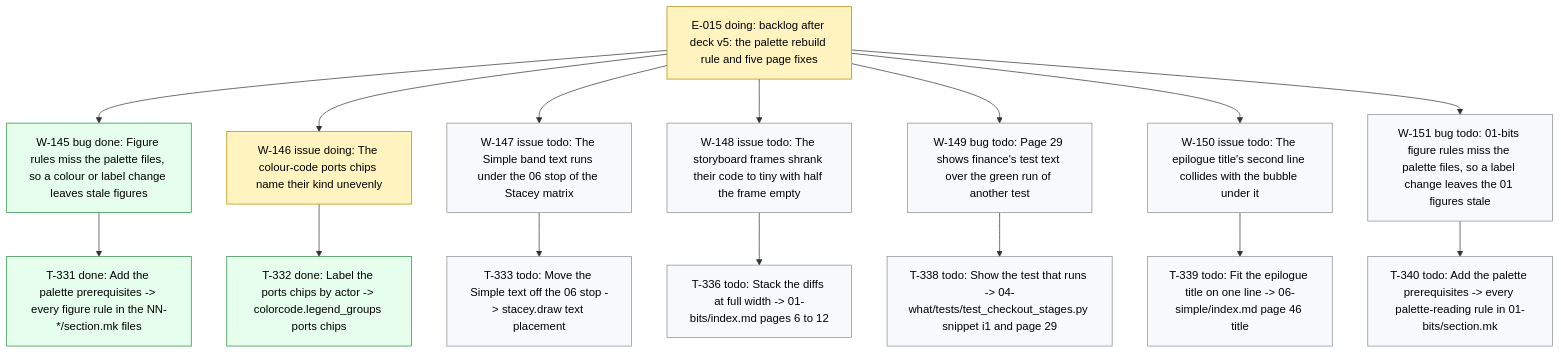
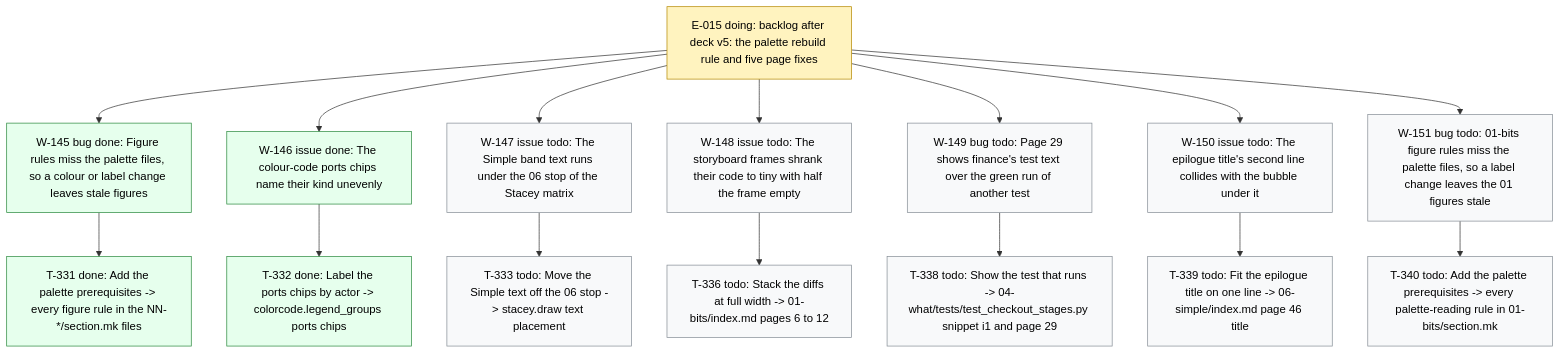
Before and after one commit to dpopchev/chaos-to-simple: the diagram in .board/BOARD.md, drawn with Mermaid. The commit also changed other lines of this file and 1 other file, not shown here.

Commit message:
chore(board): close W-146 -- landed
Refs: W-146

````diff
--- a/.board/BOARD.md
+++ b/.board/BOARD.md
@@ -860,26 +860,26 @@
 ```mermaid
 flowchart TD
   E015["E-015 doing: backlog after deck v5: the palette rebuild rule and five page fixes"]
   E015 --> W145["W-145 bug done: Figure rules miss the palette files, so a colour or label change leaves stale figures"]
   W145 --> T331["T-331 done: Add the palette prerequisites -> every figure rule in the NN-*/section.mk files"]
-  E015 --> W146["W-146 issue doing: The colour-code ports chips name their kind unevenly"]
+  E015 --> W146["W-146 issue done: The colour-code ports chips name their kind unevenly"]
   W146 --> T332["T-332 done: Label the ports chips by actor -> colorcode.legend_groups ports chips"]
   E015 --> W147["W-147 issue todo: The Simple band text runs under the 06 stop of the Stacey matrix"]
   W147 --> T333["T-333 todo: Move the Simple text off the 06 stop -> stacey.draw text placement"]
   E015 --> W148["W-148 issue todo: The storyboard frames shrank their code to tiny with half the frame empty"]
   W148 --> T336["T-336 todo: Stack the diffs at full width -> 01-bits/index.md pages 6 to 12"]
   E015 --> W149["W-149 bug todo: Page 29 shows finance's test text over the green run of another test"]
   W149 --> T338["T-338 todo: Show the test that runs -> 04-what/tests/test_checkout_stages.py snippet i1 and page 29"]
   E015 --> W150["W-150 issue todo: The epilogue title's second line collides with the bubble under it"]
   W150 --> T339["T-339 todo: Fit the epilogue title on one line -> 06-simple/index.md page 46 title"]
   E015 --> W151["W-151 bug todo: 01-bits figure rules miss the palette files, so a label change leaves the 01 figures stale"]
   W151 --> T340["T-340 todo: Add the palette prerequisites -> every palette-reading rule in 01-bits/section.mk"]
   classDef doing fill:#fff3bf,stroke:#b58900,color:#000;
   classDef blocked fill:#ffe3e3,stroke:#c92a2a,color:#000;
   classDef done fill:#e6ffed,stroke:#2b8a3e,color:#000;
   classDef todo fill:#f8f9fa,stroke:#868e96,color:#000;
   classDef pruned fill:#f1f3f5,stroke:#adb5bd,color:#000;
-  class E015,W146 doing
-  class W145,T331,T332 done
+  class E015 doing
+  class W145,T331,W146,T332 done
   class W147,T333,W148,T336,W149,T338,W150,T339,W151,T340 todo
 ```
````
